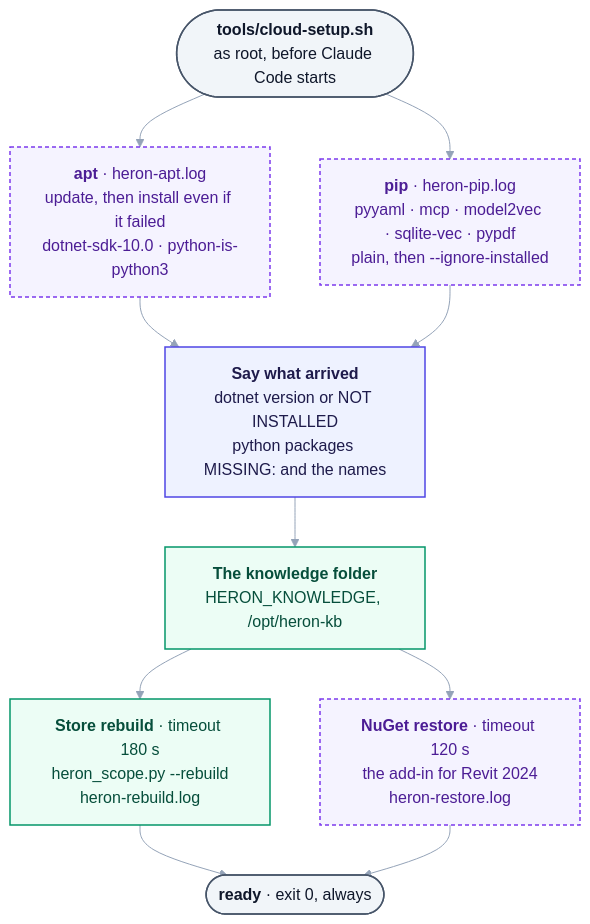
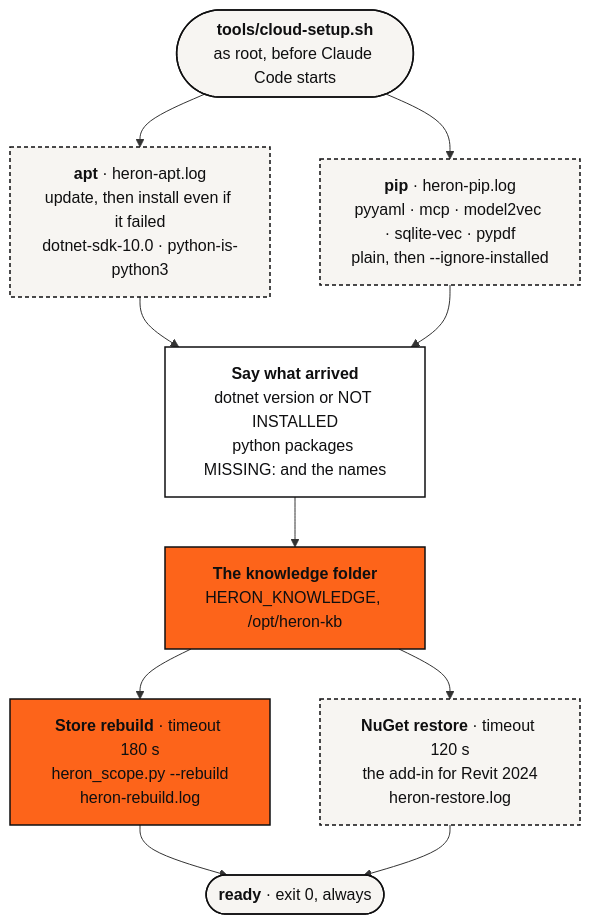
The diagram in docs/38-the-cloud-environment.md (Ajmalpshaik/Heron-AI), drawn with Mermaid before and after one commit. The commit also changed 44 other files, not shown here.

First line of the commit message:
Diagrams in the other docs move to the brand palette (D-149, #1116)

````diff
--- a/docs/38-the-cloud-environment.md
+++ b/docs/38-the-cloud-environment.md
@@ -130,31 +130,30 @@
 ```mermaid
-%%{init: {"themeVariables": {"edgeLabelBackground":"#F1F5F9","lineColor":"#94A3B8","textColor":"#0F172A","tertiaryTextColor":"#0F172A"}}}%%
 flowchart TD
     S(["<b>tools/cloud-setup.sh</b><br/>as root, before Claude Code starts"])
     APT["<b>apt</b> · heron-apt.log<br/>update, then install even if it failed<br/>dotnet-sdk-10.0 · python-is-python3"]
     PIP["<b>pip</b> · heron-pip.log<br/>pyyaml · mcp · model2vec · sqlite-vec · pypdf<br/>plain, then --ignore-installed"]
     SAY["<b>Say what arrived</b><br/>dotnet version or NOT INSTALLED<br/>python packages MISSING: and the names"]
     KB["<b>The knowledge folder</b><br/>HERON_KNOWLEDGE, /opt/heron-kb"]
     RB["<b>Store rebuild</b> · timeout 180 s<br/>heron_scope.py --rebuild<br/>heron-rebuild.log"]
     NU["<b>NuGet restore</b> · timeout 120 s<br/>the add-in for Revit 2024<br/>heron-restore.log"]
     END(["<b>ready</b> · exit 0, always"])
 
     S --> APT
     S --> PIP
     APT --> SAY
     PIP --> SAY
     SAY --> KB
     KB --> RB
     KB --> NU
     RB --> END
     NU --> END
 
-    classDef user fill:#F1F5F9,stroke:#475569,stroke-width:1.5px,color:#0F172A
-    classDef host fill:#EEF2FF,stroke:#4F46E5,stroke-width:1.5px,color:#1E1B4B
-    classDef brain fill:#ECFDF5,stroke:#059669,stroke-width:1.5px,color:#064E3B
-    classDef plat fill:#F5F3FF,stroke:#7C3AED,stroke-width:1.5px,color:#4C1D95,stroke-dasharray:4 3
+    classDef user fill:#F7F5F2,stroke:#0F0F10,stroke-width:1.5px,color:#0F0F10
+    classDef host fill:#FFFFFF,stroke:#0F0F10,stroke-width:1.5px,color:#0F0F10
+    classDef brain fill:#FD641A,stroke:#0F0F10,stroke-width:1.5px,color:#0F0F10
+    classDef plat fill:#F7F5F2,stroke:#0F0F10,stroke-width:1.5px,color:#0F0F10,stroke-dasharray:4 3
     class S,END user
     class APT,PIP,NU plat
     class SAY host
     class KB,RB brain
 ```
````
